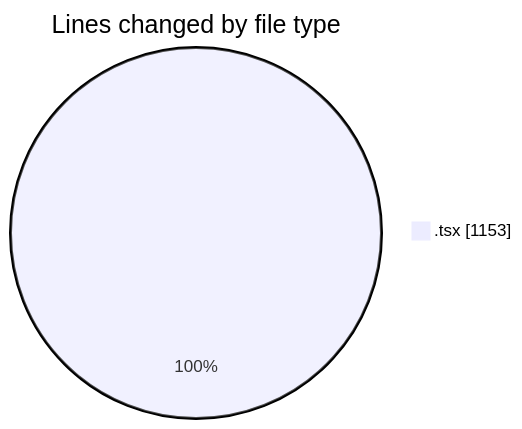
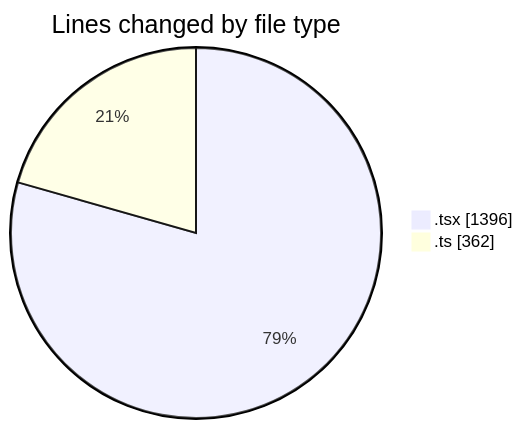
One commit to momahboobian/code-tracking changed the first of 2 diagrams in 2025-07-02/cda/README.md. Above: the diagram before and after it, drawn with Mermaid. The commit also changed other lines of this file and 1 other file, not shown here.

````diff
--- a/2025-07-02/cda/README.md
+++ b/2025-07-02/cda/README.md
@@ -20,5 +22,6 @@
 ```mermaid
 pie showData
 title Lines changed by file type
-".tsx" : 1153
+".tsx" : 1396
+".ts" : 362
 ```
````
